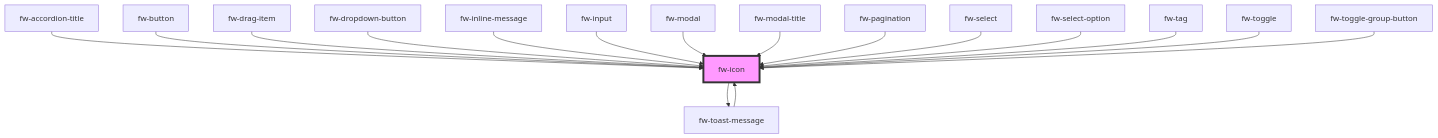
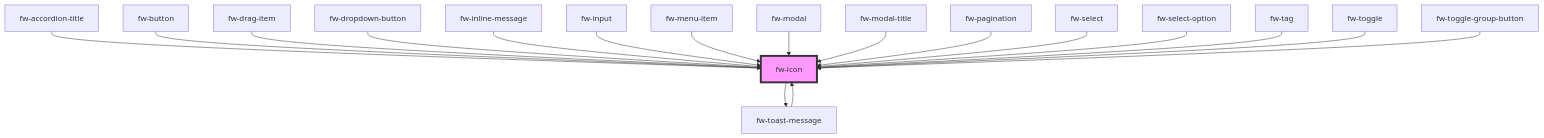
Before and after one commit to freshworks/crayons: the diagram in packages/crayons-core/src/components/icon/readme.md, drawn with Mermaid. The commit also changed other lines of this file and 7 other files, not shown here.

Commit message:
feat(fw-menu): added menu and menu-item

````diff
--- a/packages/crayons-core/src/components/icon/readme.md
+++ b/packages/crayons-core/src/components/icon/readme.md
@@ -252,20 +253,21 @@
 ```mermaid
 graph TD;
   fw-icon --> fw-toast-message
   fw-toast-message --> fw-icon
   fw-accordion-title --> fw-icon
   fw-button --> fw-icon
   fw-drag-item --> fw-icon
   fw-dropdown-button --> fw-icon
   fw-inline-message --> fw-icon
   fw-input --> fw-icon
+  fw-menu-item --> fw-icon
   fw-modal --> fw-icon
   fw-modal-title --> fw-icon
   fw-pagination --> fw-icon
   fw-select --> fw-icon
   fw-select-option --> fw-icon
   fw-tag --> fw-icon
   fw-toggle --> fw-icon
   fw-toggle-group-button --> fw-icon
   style fw-icon fill:#f9f,stroke:#333,stroke-width:4px
 ```
````
